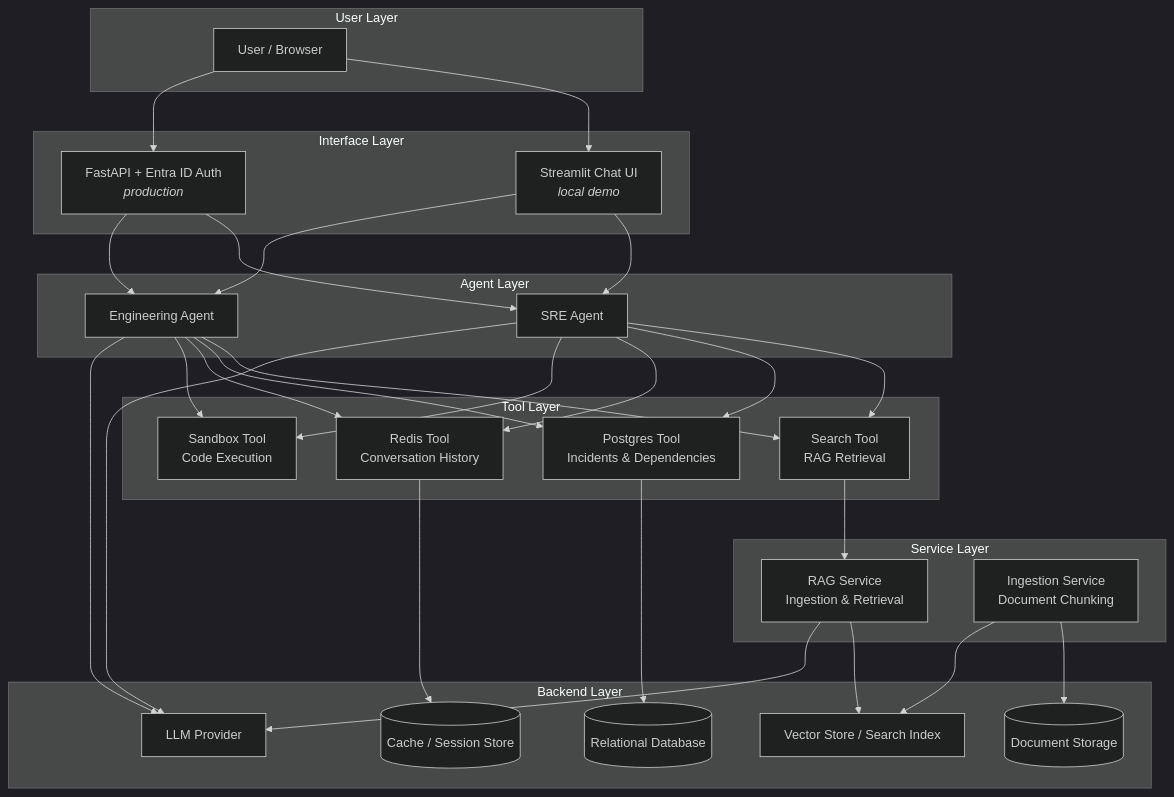
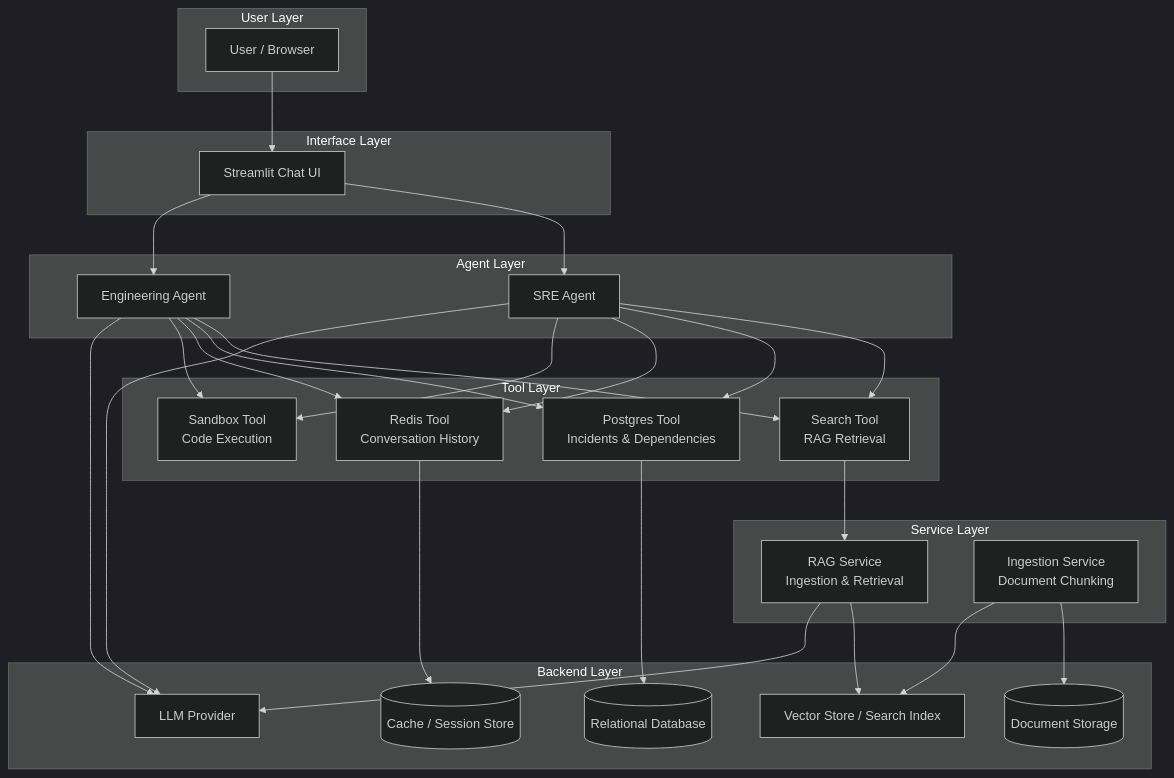
The first of 6 diagrams in architecture_noAzure.md (SameepSB/rag-infra), drawn with Mermaid (dark theme) before and after one commit. The commit also changed other lines of this file, not shown here.

Commit message:
updated architecture flow for local implementation

````diff
--- a/architecture_noAzure.md
+++ b/architecture_noAzure.md
@@ -9,63 +9,59 @@
 ```mermaid
 graph TB
     subgraph User Layer
         U[User / Browser]
     end
 
     subgraph Interface Layer
-        LOCAL_UI[Streamlit Chat UI<br><i>local demo</i>]
-        PROD_UI[FastAPI + Entra ID Auth<br><i>production</i>]
+        UI[Streamlit Chat UI]
     end
 
     subgraph Agent Layer
         SRE[SRE Agent]
         ENG[Engineering Agent]
     end
 
     subgraph Tool Layer
         SEARCH[Search Tool<br>RAG Retrieval]
         PG[Postgres Tool<br>Incidents & Dependencies]
         REDIS[Redis Tool<br>Conversation History]
         SANDBOX[Sandbox Tool<br>Code Execution]
     end
 
     subgraph Service Layer
         RAG[RAG Service<br>Ingestion & Retrieval]
         INGEST[Ingestion Service<br>Document Chunking]
     end
 
     subgraph Backend Layer
         LLM[LLM Provider]
         VECTORDB[Vector Store / Search Index]
         DB[(Relational Database)]
         CACHE[(Cache / Session Store)]
         DOCS[(Document Storage)]
     end
 
-    U --> LOCAL_UI
-    U --> PROD_UI
-    LOCAL_UI --> SRE
-    LOCAL_UI --> ENG
-    PROD_UI --> SRE
-    PROD_UI --> ENG
+    U --> UI
+    UI --> SRE
+    UI --> ENG
 
     SRE --> SEARCH
     SRE --> PG
     SRE --> REDIS
     SRE --> SANDBOX
     ENG --> SEARCH
     ENG --> PG
     ENG --> REDIS
     ENG --> SANDBOX
 
     SEARCH --> RAG
     RAG --> VECTORDB
     RAG --> LLM
     INGEST --> DOCS
     INGEST --> VECTORDB
 
     PG --> DB
     REDIS --> CACHE
     SRE --> LLM
     ENG --> LLM
 ```
````
